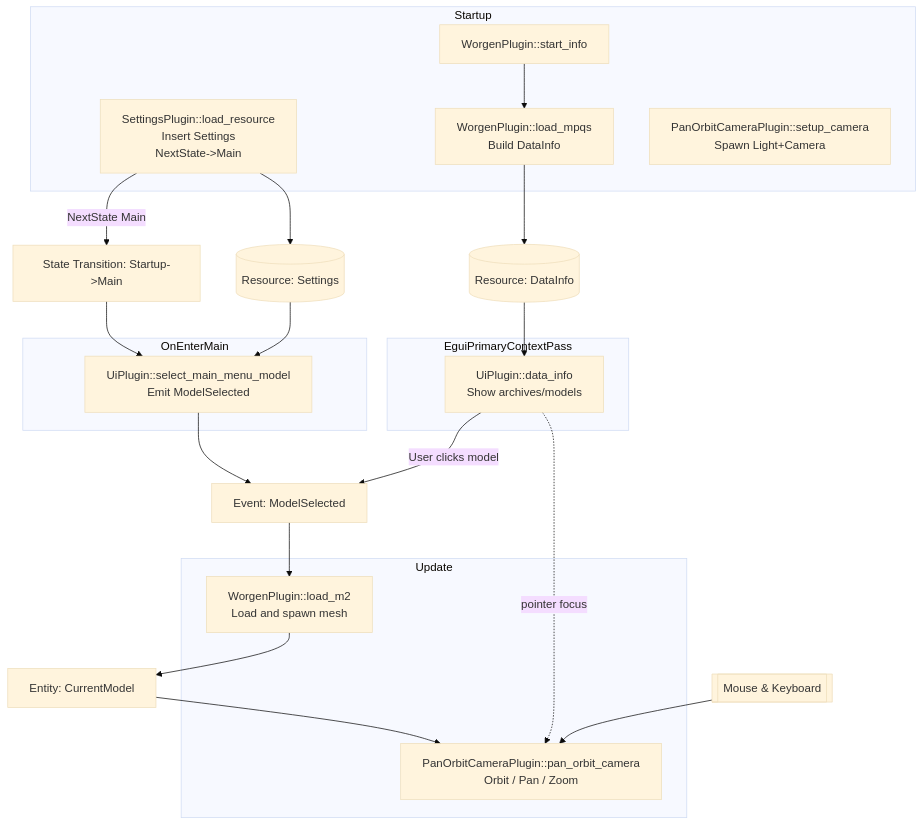
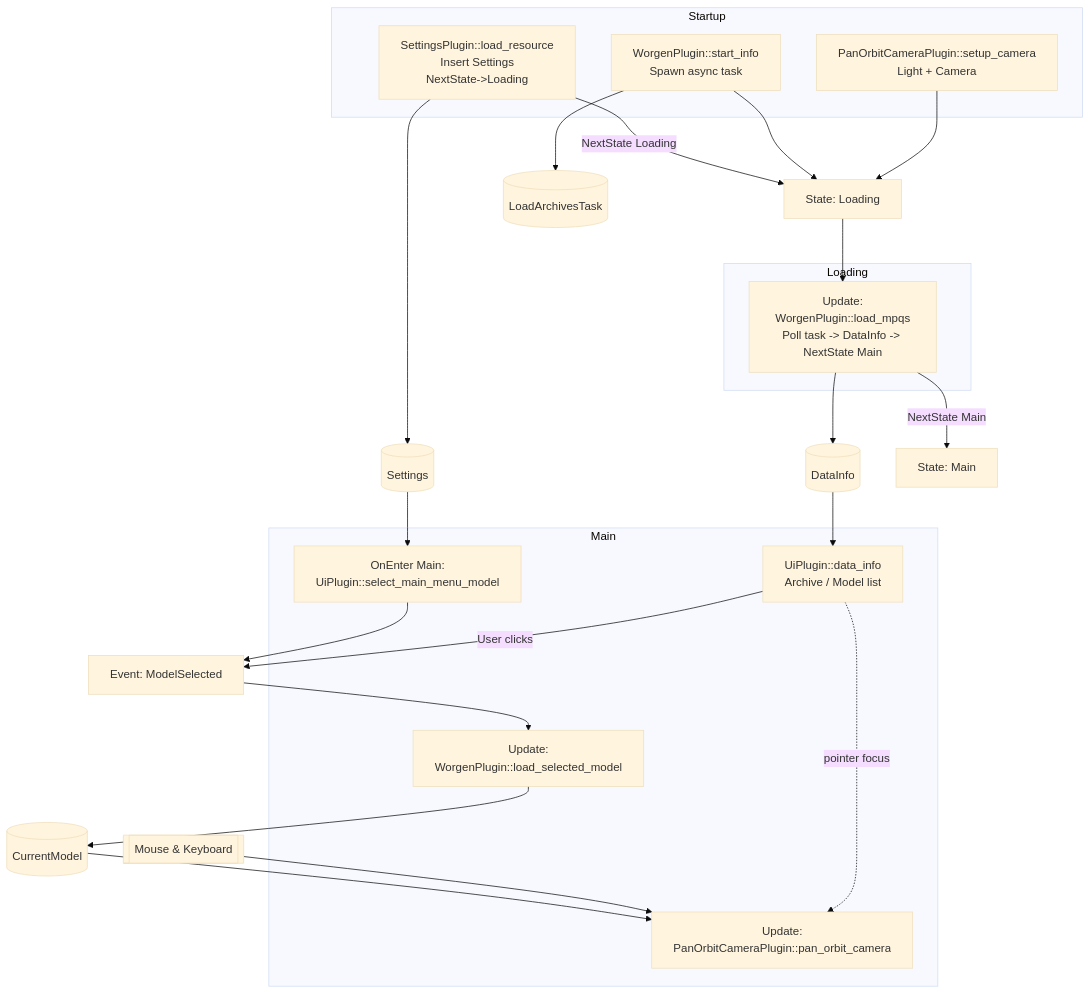
Before and after one commit to nocthir/worgen-rs: the diagram in ARCHITECTURE.md, drawn with Mermaid (base theme). The commit also changed other lines of this file and 6 other files, not shown here.

Commit message:
feat: Replace blocking archives load with async task

````diff
--- a/ARCHITECTURE.md
+++ b/ARCHITECTURE.md
@@ -47,40 +60,38 @@
 ```mermaid
 flowchart TD
     subgraph Startup
-    A[SettingsPlugin::load_resource<br/>Insert Settings<br/>NextState->Main]
-    B[WorgenPlugin::start_info]
-    C[WorgenPlugin::load_mpqs<br/>Build DataInfo]
-    D[PanOrbitCameraPlugin::setup_camera<br/>Spawn Light+Camera]
-    B --> C
-    %% chained
+        A[SettingsPlugin::load_resource<br/>Insert Settings<br/>NextState->Loading]
+        B[WorgenPlugin::start_info<br/>Spawn async task]
+        C[PanOrbitCameraPlugin::setup_camera<br/>Light + Camera]
     end
 
-    A -->|NextState Main| S[State Transition: Startup->Main]
-    C --> DI[(Resource: DataInfo)]
-    A --> ST[(Resource: Settings)]
+    A -->|NextState Loading| L[State: Loading]
+    B --> L
+    C --> L
+    A --> ST[(Settings)]
+    B --> T[(LoadArchivesTask)]
 
-    subgraph OnEnterMain
-        %% Runs once after state transition to Main
-        E[UiPlugin::select_main_menu_model<br/>Emit ModelSelected]
+    subgraph Loading
+        D[Update:<br/>WorgenPlugin::load_mpqs<br/>Poll task -> DataInfo -> NextState Main]
     end
-    S --> E
-    ST --> E
+    L --> D
+    D --> DI[(DataInfo)]
+    D -->|NextState Main| M[State: Main]
 
-    subgraph EguiPrimaryContextPass
-        F[UiPlugin::data_info<br/>Show archives/models]
-    end
-    DI --> F
-    F -->|User clicks model| EV[Event: ModelSelected]
-
-    subgraph Update
-    G[WorgenPlugin::load_m2<br/>Load and spawn mesh]
-    H[PanOrbitCameraPlugin::pan_orbit_camera<br/>Orbit / Pan / Zoom]
+    subgraph Main
+        E[OnEnter Main:<br/>UiPlugin::select_main_menu_model]
+        F[UiPlugin::data_info<br/>Archive / Model list]
+        G[Update:<br/>WorgenPlugin::load_selected_model]
+        H[Update:<br/>PanOrbitCameraPlugin::pan_orbit_camera]
     end
 
-    E --> EV
+    ST --> E
+    DI --> F
+    E --> EV[Event: ModelSelected]
+    F -->|User clicks| EV
     EV --> G
-    G --> CM[Entity: CurrentModel]
+    G --> CM[(CurrentModel)]
     CM --> H
-    CameraInput[[Mouse & Keyboard]] --> H
+    Input[[Mouse & Keyboard]] --> H
     F -. pointer focus .-> H
 ```
````
